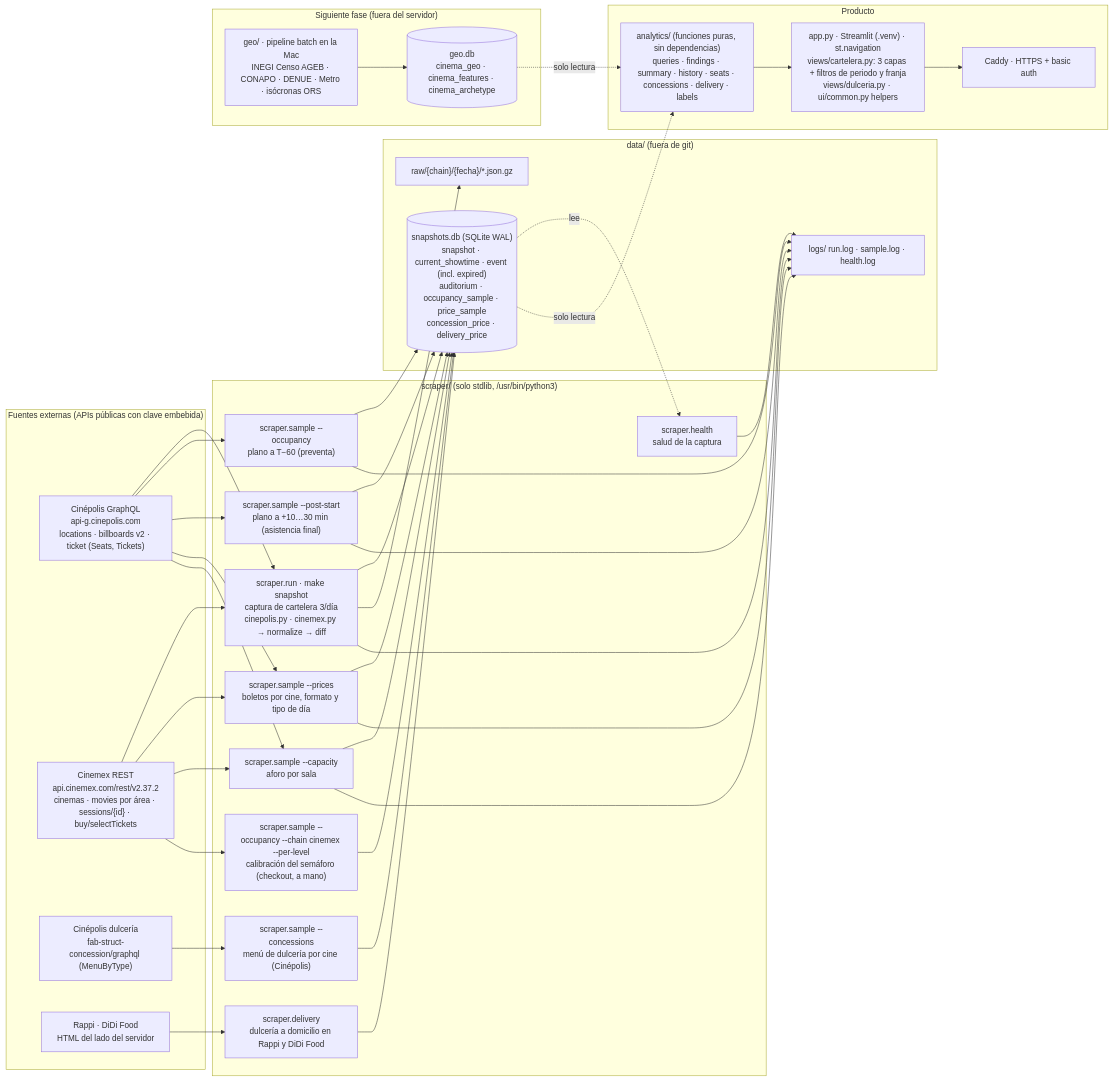
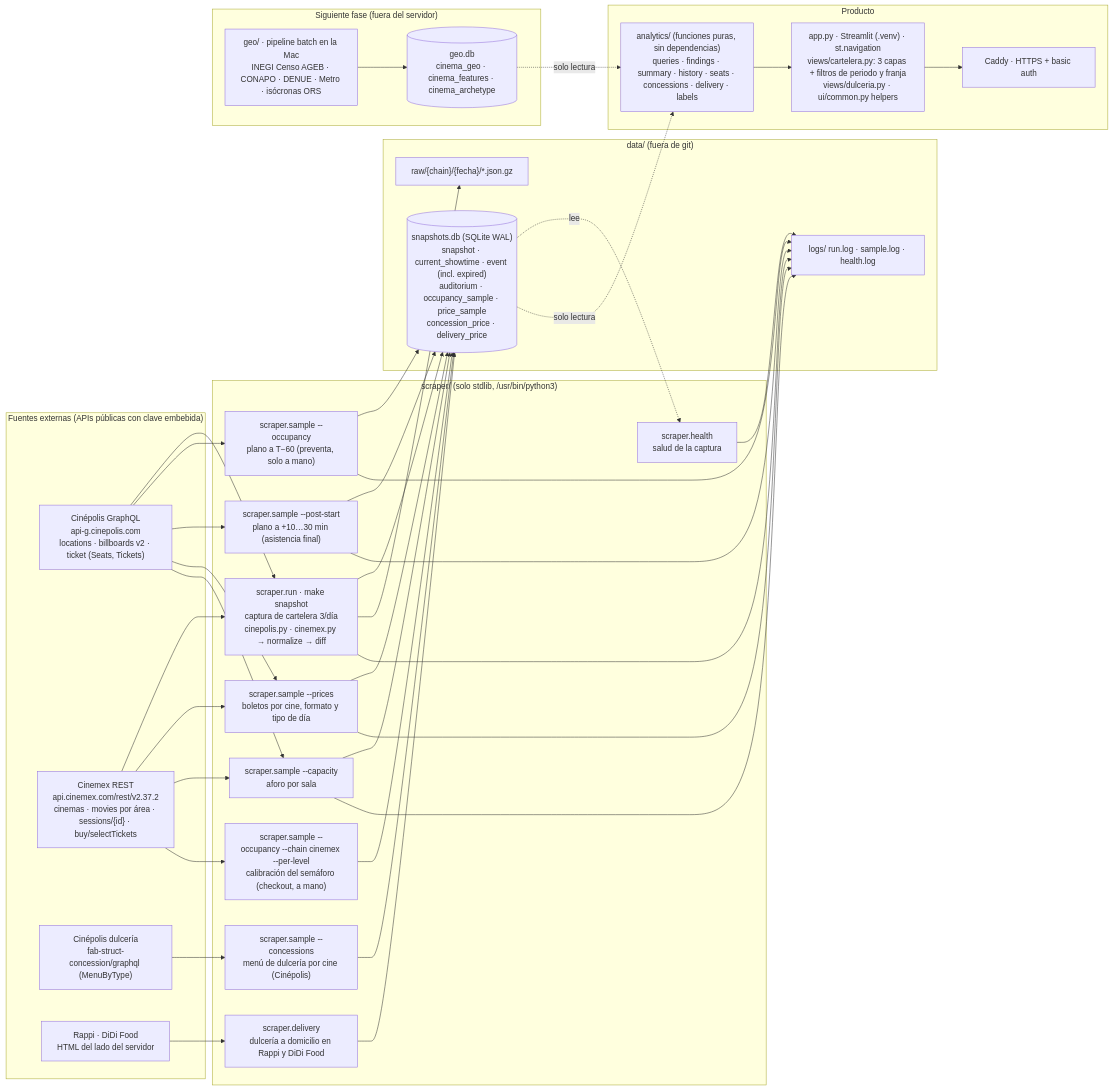
Before and after one commit to David-Lazaro-Fernandez/absolut-cinema: the first of 2 diagrams in ARCHITECTURE.md, drawn with Mermaid. The commit also changed other lines of this file and 25 other files, not shown here.

First line of the commit message:
Hourly post-start seats, weekly competitor changes, Postgres schema with local Docker, brand logos in diagram

````diff
--- a/ARCHITECTURE.md
+++ b/ARCHITECTURE.md
@@ -9,52 +9,52 @@
 ```mermaid
 flowchart LR
     subgraph fuentes["Fuentes externas (APIs públicas con clave embebida)"]
         CPL["Cinépolis GraphQL<br/>api-g.cinepolis.com<br/>locations · billboards v2 · ticket (Seats, Tickets)"]
         CMX["Cinemex REST<br/>api.cinemex.com/rest/v2.37.2<br/>cinemas · movies por área · sessions/{id} · buy/selectTickets"]
         CPF["Cinépolis dulcería<br/>fab-struct-concession/graphql (MenuByType)"]
         DEL["Rappi · DiDi Food<br/>HTML del lado del servidor"]
     end
 
     subgraph scraper["scraper/ (solo stdlib, /usr/bin/python3)"]
         RUN["scraper.run · make snapshot<br/>captura de cartelera 3/día<br/>cinepolis.py · cinemex.py → normalize → diff"]
-        OCC["scraper.sample --occupancy<br/>plano a T−60 (preventa)"]
+        OCC["scraper.sample --occupancy<br/>plano a T−60 (preventa, solo a mano)"]
         POST["scraper.sample --post-start<br/>plano a +10…30 min (asistencia final)"]
         PRICE["scraper.sample --prices<br/>boletos por cine, formato y tipo de día"]
         CAP["scraper.sample --capacity<br/>aforo por sala"]
         CAL["scraper.sample --occupancy --chain cinemex --per-level<br/>calibración del semáforo (checkout, a mano)"]
         CONC["scraper.sample --concessions<br/>menú de dulcería por cine (Cinépolis)"]
         DLV["scraper.delivery<br/>dulcería a domicilio en Rappi y DiDi Food"]
         HEALTH["scraper.health<br/>salud de la captura"]
     end
 
     subgraph datos["data/ (fuera de git)"]
         DB[("snapshots.db (SQLite WAL)<br/>snapshot · current_showtime · event (incl. expired)<br/>auditorium · occupancy_sample · price_sample<br/>concession_price · delivery_price")]
         RAW["raw/{chain}/{fecha}/*.json.gz"]
         LOGS["logs/ run.log · sample.log · health.log"]
     end
 
     subgraph producto["Producto"]
         AN["analytics/ (funciones puras, sin dependencias)<br/>queries · findings · summary · history · seats · concessions · delivery · labels"]
         APP["app.py · Streamlit (.venv) · st.navigation<br/>views/cartelera.py: 3 capas + filtros de periodo y franja<br/>views/dulceria.py · ui/common.py helpers"]
         CADDY["Caddy · HTTPS + basic auth"]
     end
 
     CPL --> RUN
     CMX --> RUN
     CPL --> OCC & POST & PRICE & CAP
     CMX --> PRICE & CAP & CAL
     CPF --> CONC
     DEL --> DLV
     RUN --> DB & RAW
     OCC & POST & PRICE & CAP & CAL & CONC & DLV --> DB
     DB -. lee .-> HEALTH
     HEALTH --> LOGS
     RUN & OCC & POST & PRICE & CAP --> LOGS
     DB -. solo lectura .-> AN --> APP --> CADDY
 
     subgraph futuro["Siguiente fase (fuera del servidor)"]
         GEO["geo/ · pipeline batch en la Mac<br/>INEGI Censo AGEB · CONAPO · DENUE · Metro · isócronas ORS"]
         GEODB[("geo.db<br/>cinema_geo · cinema_features · cinema_archetype")]
     end
     GEO --> GEODB -. solo lectura .-> AN
 ```
````
